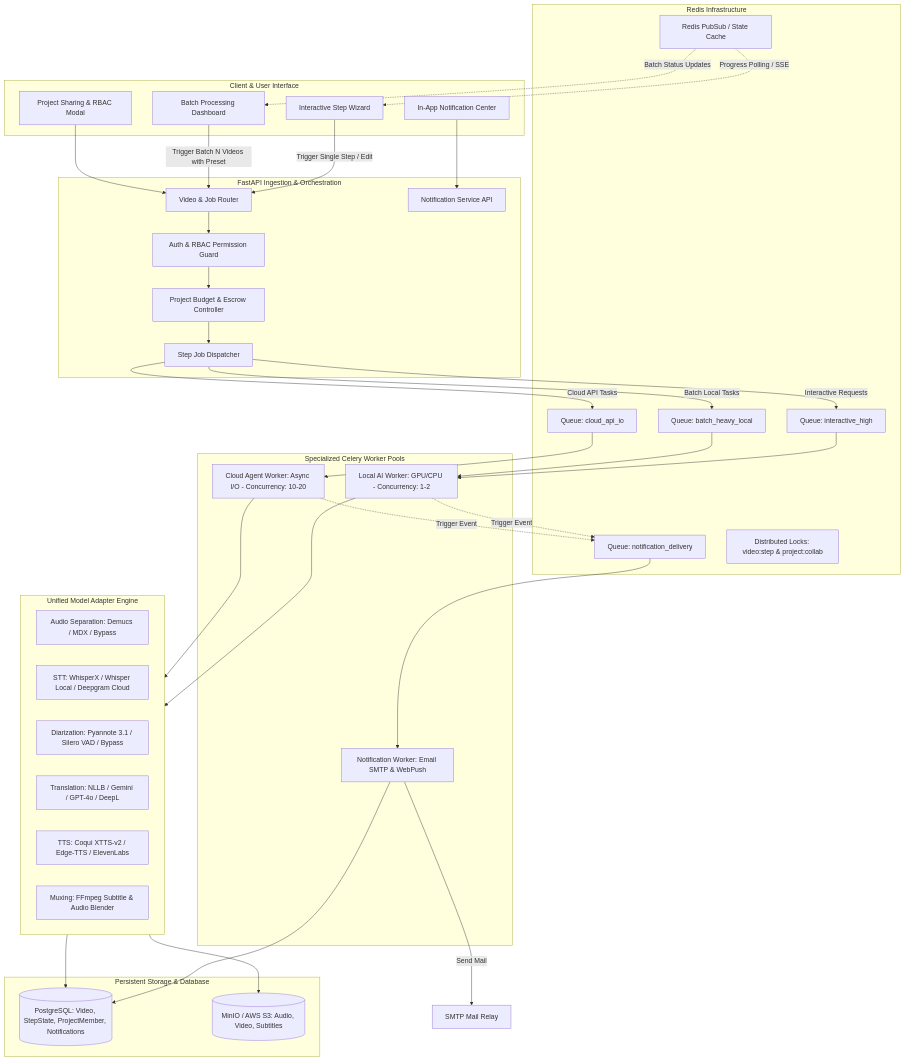
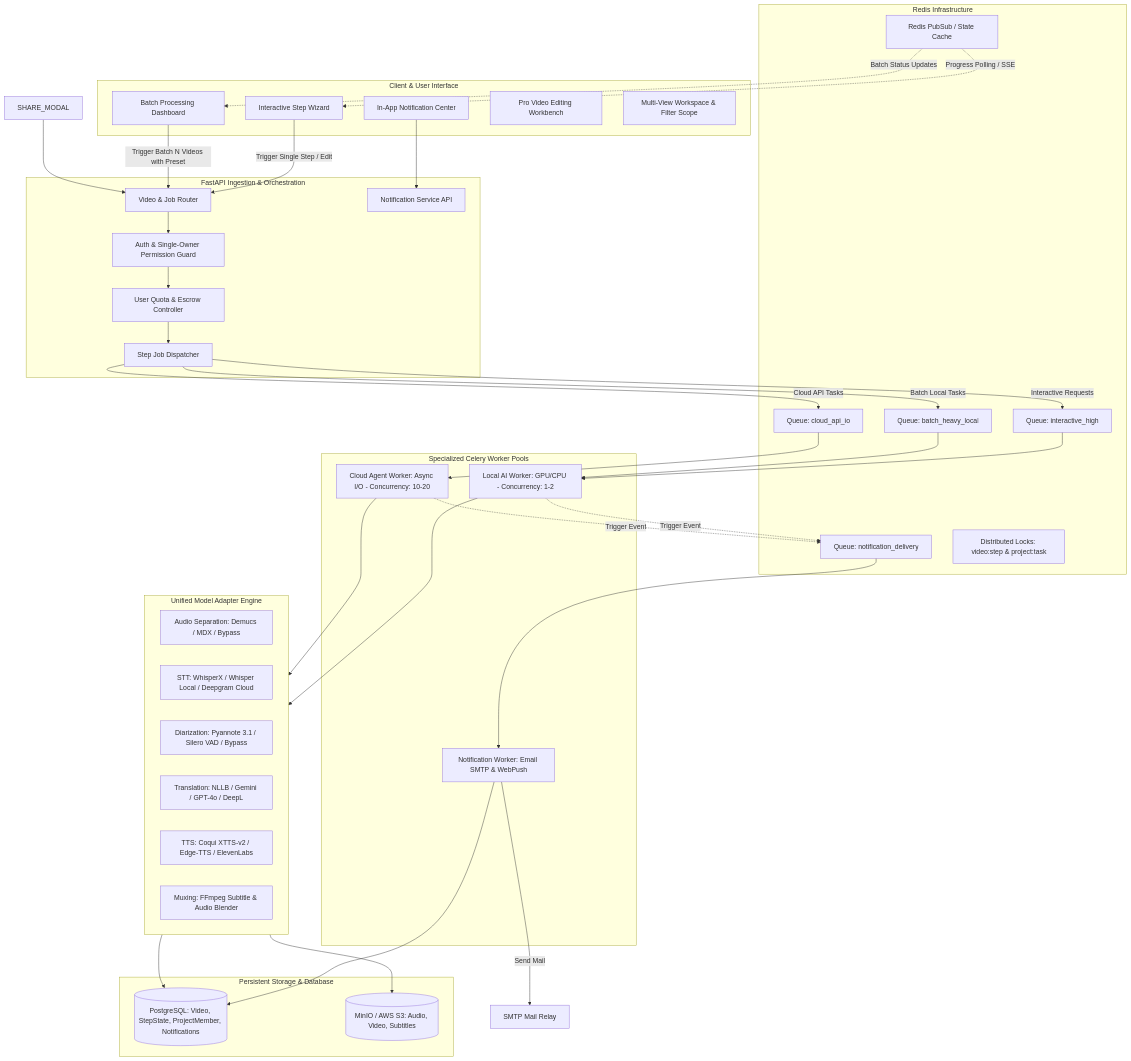
The first of 11 diagrams in docs/THIET_KE_KIEN_TRUC_HE_THONG_XU_LY_VIDEO_ASYNC_MULTI_MODEL_BATCH.md (kaliber2602/AI_video_translation_system), drawn with Mermaid before and after one commit. The commit also changed other lines of this file and 47 other files, not shown here.

Commit message:
Delete(share project, editor: update wizard steps

````diff
--- a/docs/THIET_KE_KIEN_TRUC_HE_THONG_XU_LY_VIDEO_ASYNC_MULTI_MODEL_BATCH.md
+++ b/docs/THIET_KE_KIEN_TRUC_HE_THONG_XU_LY_VIDEO_ASYNC_MULTI_MODEL_BATCH.md
@@ -78,75 +86,76 @@
 ```mermaid
 graph TD
     subgraph ClientLayer [Client & User Interface]
         WIZ[Interactive Step Wizard]
         BATCH_UI[Batch Processing Dashboard]
         NOTIF_BELL[In-App Notification Center]
-        SHARE_MODAL[Project Sharing & RBAC Modal]
+        WORKBENCH[Pro Video Editing Workbench]
+        WORKSPACE_VIEW[Multi-View Workspace & Filter Scope]
     end
 
     subgraph APIGateway [FastAPI Ingestion & Orchestration]
         ROUTER[Video & Job Router]
-        AUTH[Auth & RBAC Permission Guard]
-        BILLING[Project Budget & Escrow Controller]
+        AUTH[Auth & Single-Owner Permission Guard]
+        BILLING[User Quota & Escrow Controller]
         DISPATCHER[Step Job Dispatcher]
         NOTIF_API[Notification Service API]
     end
 
     subgraph RedisBroker [Redis Infrastructure]
         Q_HIGH[Queue: interactive_high]
         Q_BATCH[Queue: batch_heavy_local]
         Q_IO[Queue: cloud_api_io]
         Q_NOTIF[Queue: notification_delivery]
-        LOCKS[Distributed Locks: video:step & project:collab]
+        LOCKS[Distributed Locks: video:step & project:task]
         PUBSUB[Redis PubSub / State Cache]
     end
 
     subgraph CeleryWorkers [Specialized Celery Worker Pools]
         W_GPU[Local AI Worker: GPU/CPU - Concurrency: 1-2]
         W_IO[Cloud Agent Worker: Async I/O - Concurrency: 10-20]
         W_NOTIF[Notification Worker: Email SMTP & WebPush]
     end
 
     subgraph ModelAdapters [Unified Model Adapter Engine]
         AD_SEP[Audio Separation: Demucs / MDX / Bypass]
         AD_STT[STT: WhisperX / Whisper Local / Deepgram Cloud]
         AD_DIA[Diarization: Pyannote 3.1 / Silero VAD / Bypass]
         AD_TRANS[Translation: NLLB / Gemini / GPT-4o / DeepL]
         AD_TTS[TTS: Coqui XTTS-v2 / Edge-TTS / ElevenLabs]
         AD_MUX[Muxing: FFmpeg Subtitle & Audio Blender]
     end
 
     subgraph StorageData [Persistent Storage & Database]
         DB[(PostgreSQL: Video, StepState, ProjectMember, Notifications)]
         S3[(MinIO / AWS S3: Audio, Video, Subtitles)]
     end
 
     WIZ -->|Trigger Single Step / Edit| ROUTER
     BATCH_UI -->|Trigger Batch N Videos with Preset| ROUTER
     NOTIF_BELL --> NOTIF_API
     SHARE_MODAL --> ROUTER
 
     ROUTER --> AUTH --> BILLING --> DISPATCHER
 
     DISPATCHER -->|Interactive Requests| Q_HIGH
     DISPATCHER -->|Batch Local Tasks| Q_BATCH
     DISPATCHER -->|Cloud API Tasks| Q_IO
 
     Q_HIGH --> W_GPU
     Q_BATCH --> W_GPU
     Q_IO --> W_IO
 
     W_GPU --> ModelAdapters
     W_IO --> ModelAdapters
 
     ModelAdapters --> DB
     ModelAdapters --> S3
 
     W_GPU -.->|Trigger Event| Q_NOTIF
     W_IO -.->|Trigger Event| Q_NOTIF
     Q_NOTIF --> W_NOTIF --> DB
     W_NOTIF -->|Send Mail| SMTP[SMTP Mail Relay]
 
     PUBSUB -.->|Progress Polling / SSE| WIZ
     PUBSUB -.->|Batch Status Updates| BATCH_UI
 ```
````
